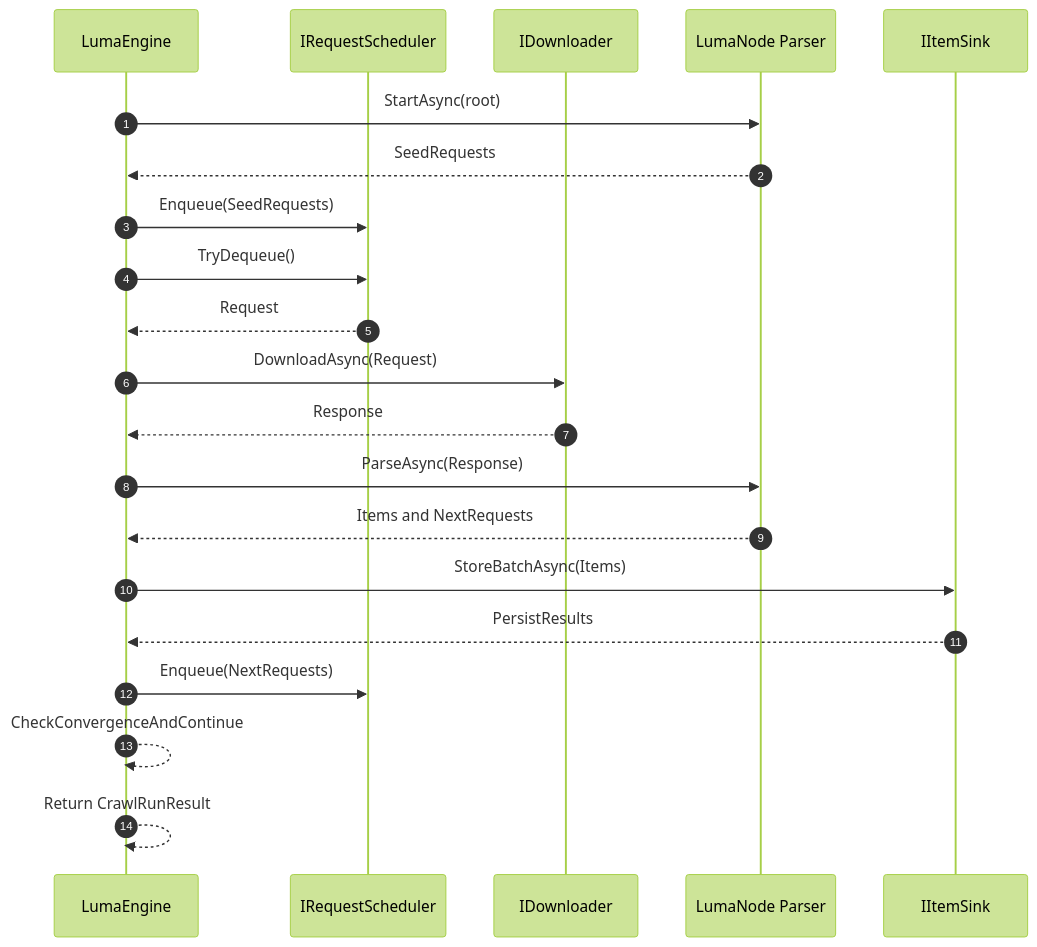
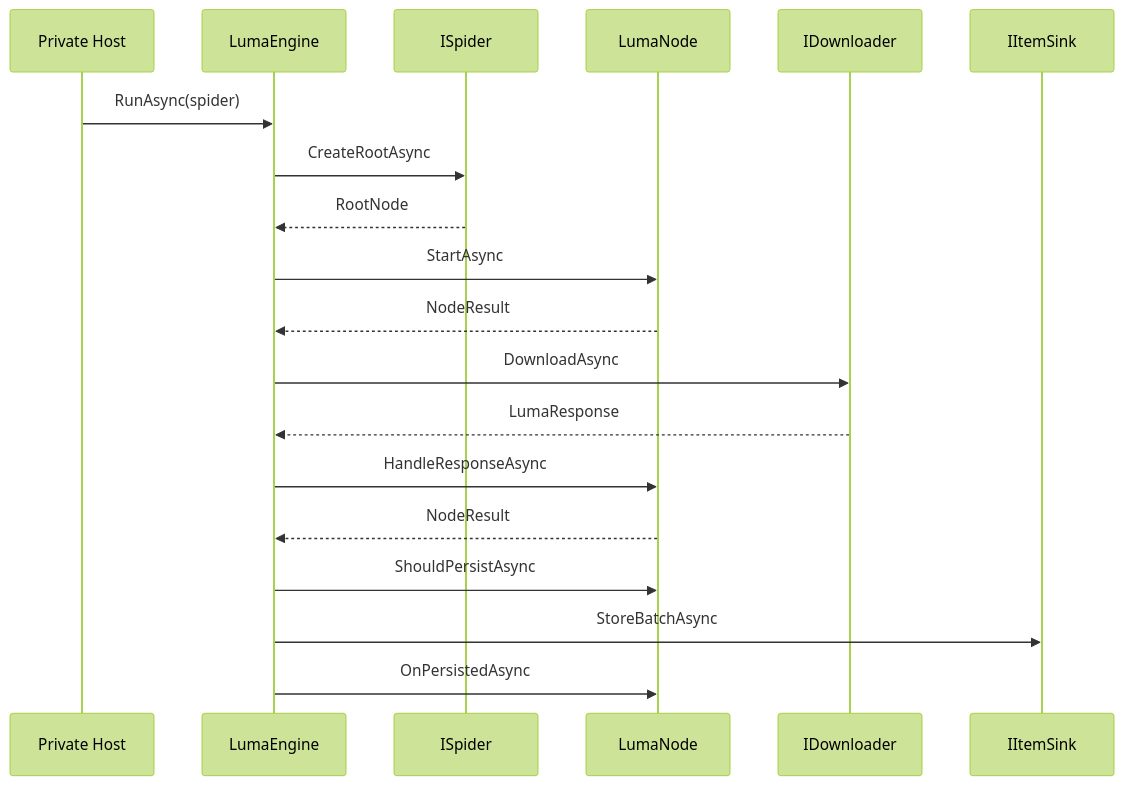
The diagram in ARCHITECTURE.en.md (zeayii/luma), drawn with Mermaid (forest theme) before and after one commit. The commit also changed other lines of this file and 70 other files, not shown here.

````diff
--- a/ARCHITECTURE.en.md
+++ b/ARCHITECTURE.en.md
@@ -83,24 +59,22 @@
 ```mermaid
 sequenceDiagram
-    autonumber
+    participant Host as Private Host
     participant Engine as LumaEngine
-    participant Scheduler as IRequestScheduler
+    participant Spider as ISpider
+    participant Node as LumaNode
     participant Downloader as IDownloader
-    participant Node as LumaNode Parser
     participant Sink as IItemSink
 
-    Engine->>Node: StartAsync(root)
-    Node-->>Engine: SeedRequests
-    Engine->>Scheduler: Enqueue(SeedRequests)
-    Engine->>Scheduler: TryDequeue()
-    Scheduler-->>Engine: Request
-    Engine->>Downloader: DownloadAsync(Request)
-    Downloader-->>Engine: Response
-    Engine->>Node: ParseAsync(Response)
-    Node-->>Engine: Items and NextRequests
-    Engine->>Sink: StoreBatchAsync(Items)
-    Sink-->>Engine: PersistResults
-    Engine->>Scheduler: Enqueue(NextRequests)
-    Engine-->>Engine: CheckConvergenceAndContinue
-    Engine-->>Engine: Return CrawlRunResult
+    Host->>Engine: RunAsync(spider)
+    Engine->>Spider: CreateRootAsync
+    Spider-->>Engine: RootNode
+    Engine->>Node: StartAsync
+    Node-->>Engine: NodeResult
+    Engine->>Downloader: DownloadAsync
+    Downloader-->>Engine: LumaResponse
+    Engine->>Node: HandleResponseAsync
+    Node-->>Engine: NodeResult
+    Engine->>Node: ShouldPersistAsync
+    Engine->>Sink: StoreBatchAsync
+    Engine->>Node: OnPersistedAsync
 ```
````
